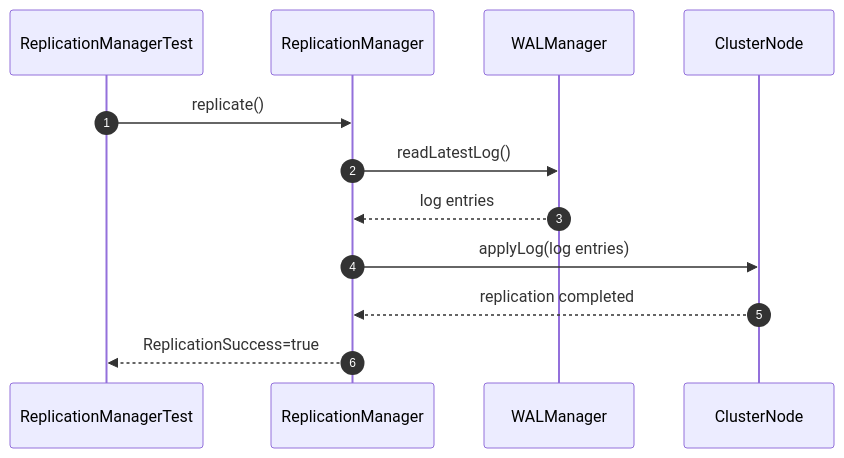
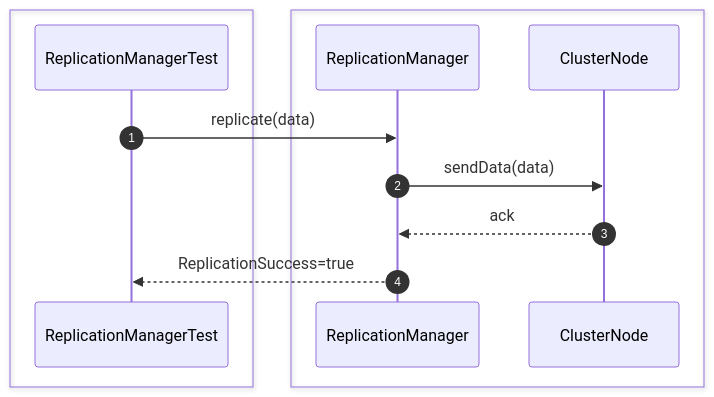
One commit to Huy1801214/dbms-architecture changed the first of 26 diagrams in src/sequence/replication.md. Above: the diagram before and after it, drawn with Mermaid. The commit also changed other lines of this file and 10 other files, not shown here.

Commit message:
add comprehensive sequence diagrams and documentation for system architecture and unit testing specifications

````diff
--- a/src/sequence/replication.md
+++ b/src/sequence/replication.md
@@ -6,20 +6,17 @@
 ```mermaid
 sequenceDiagram
     autonumber
+
+    box #e1f5fe Test Suite
     participant Test as ReplicationManagerTest
-    participant Replication as ReplicationManager
-    participant WAL as WALManager
+    end
+    box #ffebee Replication Components
+    participant Manager as ReplicationManager
     participant Node as ClusterNode
+    end
 
-    Test->>Replication: replicate()
-
-    Replication->>WAL: readLatestLog()
-
-    WAL-->>Replication: log entries
-
-    Replication->>Node: applyLog(log entries)
-
-    Node-->>Replication: replication completed
-
-    Replication-->>Test: ReplicationSuccess=true
+    Test->>Manager: replicate(data)
+    Manager->>Node: sendData(data)
+    Node-->>Manager: ack
+    Manager-->>Test: ReplicationSuccess=true
 ```
````
